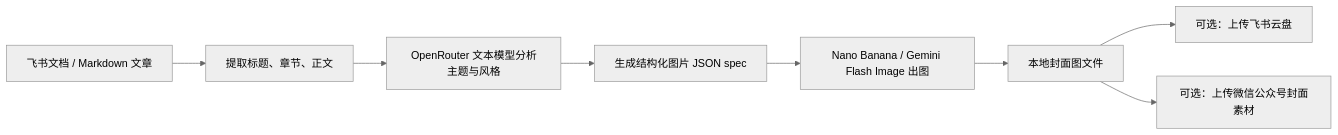
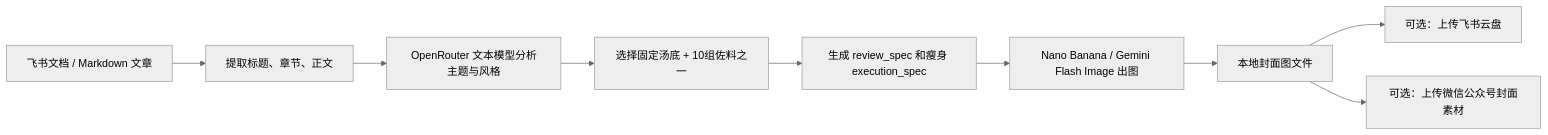
The diagram in article-to-wechat-cover/README.md (dracohu2025-cloud/draco-skills-collection), drawn with Mermaid (neutral theme) before and after one commit. The commit also changed other lines of this file and 18 other files, not shown here.

````diff
--- a/article-to-wechat-cover/README.md
+++ b/article-to-wechat-cover/README.md
@@ -33,10 +34,11 @@
 ```mermaid
 flowchart LR
   A[飞书文档 / Markdown 文章] --> B[提取标题、章节、正文]
   B --> C[OpenRouter 文本模型分析主题与风格]
-  C --> D[生成结构化图片 JSON spec]
-  D --> E[Nano Banana / Gemini Flash Image 出图]
-  E --> F[本地封面图文件]
-  F --> G[可选：上传飞书云盘]
-  F --> H[可选：上传微信公众号封面素材]
+  C --> D[选择固定汤底 + 10组佐料之一]
+  D --> E[生成 review_spec 和瘦身 execution_spec]
+  E --> F[Nano Banana / Gemini Flash Image 出图]
+  F --> G[本地封面图文件]
+  G --> H[可选：上传飞书云盘]
+  G --> I[可选：上传微信公众号封面素材]
 ```
````
